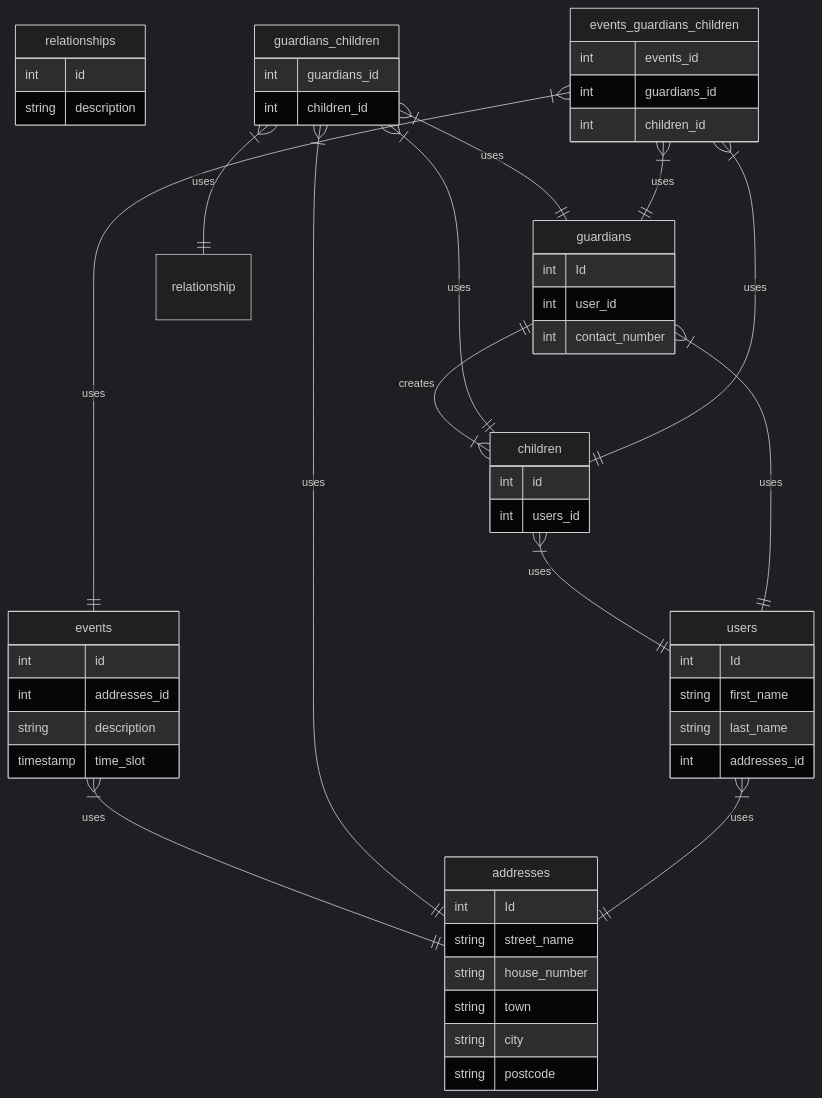
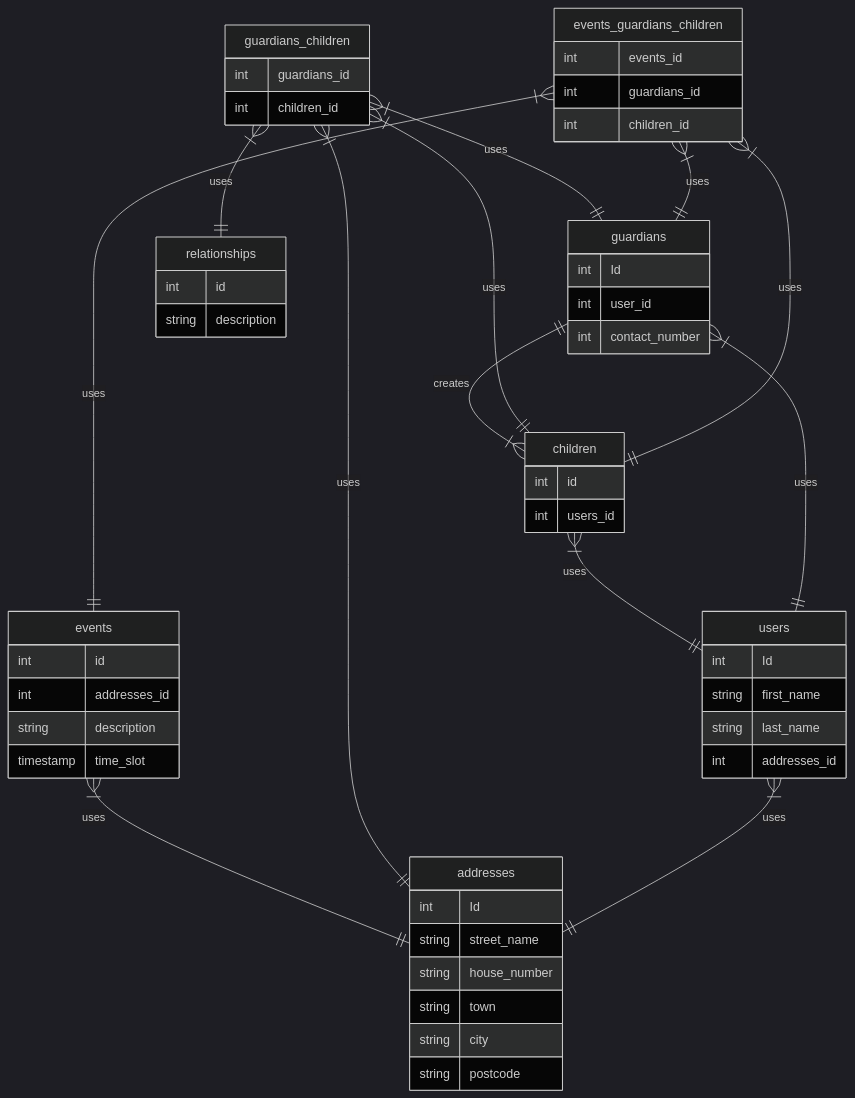
One commit to ChrisUno/Childcare changed the second of 2 diagrams in README.md. Above: the diagram before and after it, drawn with Mermaid.

````diff
--- a/README.md
+++ b/README.md
@@ -47,63 +47,63 @@
 ``` mermaid
 %%{init: {'theme': 'dark' } }%%
 
 erDiagram
 
     guardians {
         int Id
         int user_id
         int contact_number
     }
     relationships {
         int id
         string description
     }
     children {
         int id
         int users_id
     }
     guardians_children {
         int guardians_id
         int children_id
     }
     events {
         int id
         int addresses_id
         string description
         timestamp time_slot
     }
     events_guardians_children {
         int events_id
         int guardians_id
         int children_id
         
     }
     addresses {
         int Id
         string street_name
         string house_number
         string town
         string city
         string postcode
     }
     users {
         int Id
         string first_name
         string last_name
         int addresses_id
     }
 
     guardians ||--|{ children: "creates"
     children }|--|| users: "uses"
     events }|--|| addresses: "uses"
     guardians }|--|| users: "uses"
     guardians_children }|--|| guardians: "uses"
     guardians_children }|--|| children: "uses"
     guardians_children }|--|| addresses: "uses"
-    guardians_children }|--|| relationship: "uses"
+    guardians_children }|--|| relationships: "uses"
     users }|--|| addresses: "uses"
     events_guardians_children }|--|| guardians: "uses"
     events_guardians_children }|--|| events: "uses"
     events_guardians_children }|--|| children: "uses"
 
 ```
````
